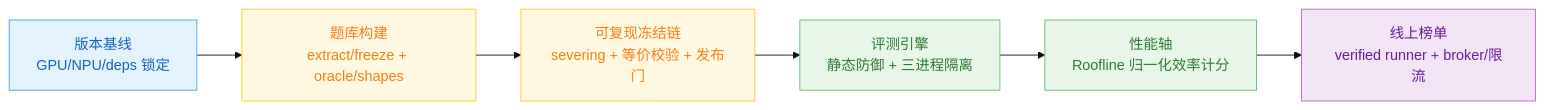
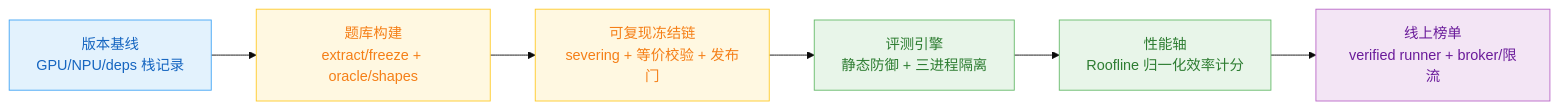
The tenth of 10 diagrams in docs/DESIGN.md (Gxj230958/TritonAscendBench), drawn with Mermaid (base theme) before and after one commit. The commit also changed other lines of this file and 11 other files, not shown here.

````diff
--- a/docs/DESIGN.md
+++ b/docs/DESIGN.md
@@ -683,18 +683,18 @@
 ```mermaid
 flowchart LR
-    P0["版本基线<br/>GPU/NPU/deps 锁定"]
+    P0["版本基线<br/>GPU/NPU/deps 栈记录"]
     P1["题库构建<br/>extract/freeze + oracle/shapes"]
     P1P["可复现冻结链<br/>severing + 等价校验 + 发布门"]
     P2["评测引擎<br/>静态防御 + 三进程隔离"]
     P3["性能轴<br/>Roofline 归一化效率计分"]
     P4["线上榜单<br/>verified runner + broker/限流"]
     P0 --> P1 --> P1P --> P2 --> P3 --> P4
     classDef plan fill:#E3F2FD,stroke:#42A5F5,color:#1565C0;
     classDef build fill:#FFF8E1,stroke:#FFCA28,color:#F57F17;
     classDef eng fill:#E8F5E9,stroke:#66BB6A,color:#2E7D32;
     classDef rel fill:#F3E5F5,stroke:#BA68C8,color:#6A1B9A;
     class P0 plan;
     class P1,P1P build;
     class P2,P3 eng;
     class P4 rel;
 ```
````
